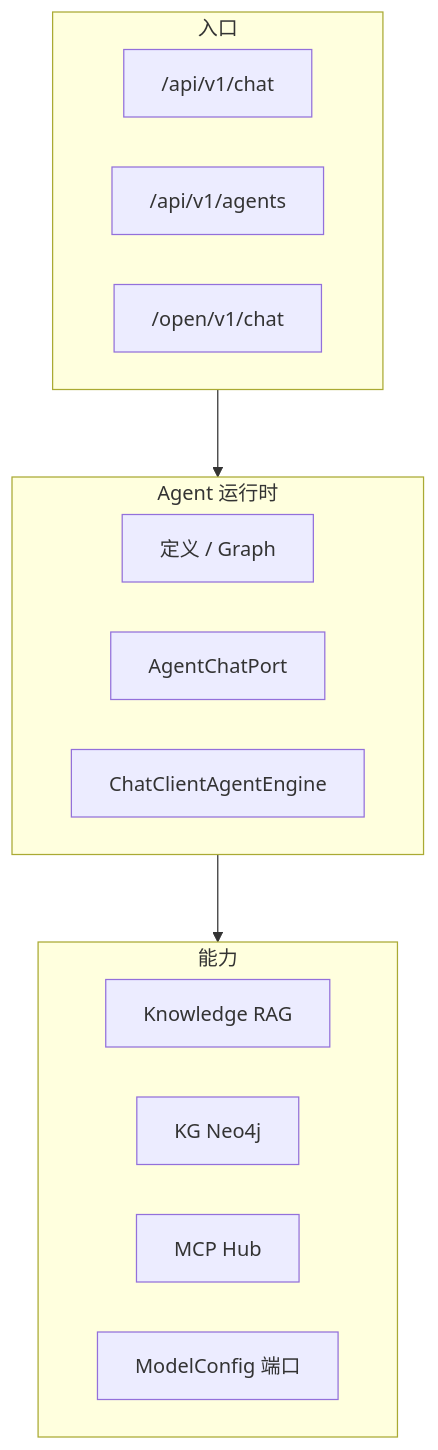
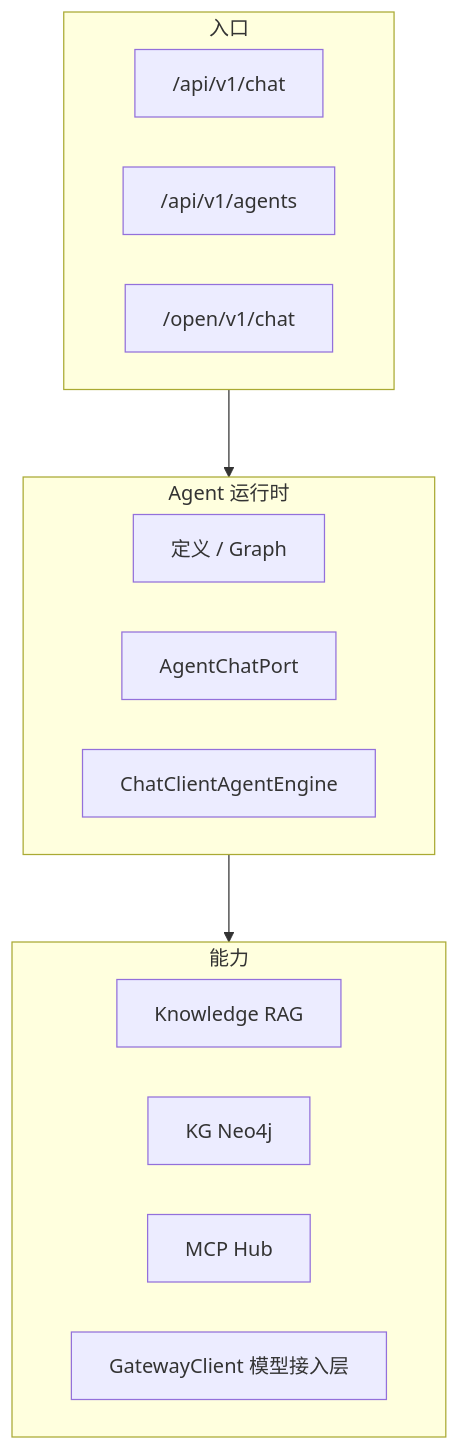
One commit to DataFutureX/zhishu-integrable-framework changed the sixth of 12 diagrams in zhishu-backend/README.md. Above: the diagram before and after it, drawn with Mermaid. The commit also changed other lines of this file and 57 other files, not shown here.

````diff
--- a/zhishu-backend/README.md
+++ b/zhishu-backend/README.md
@@ -258,28 +258,28 @@
 ```mermaid
 %%{init: {"flowchart": {"nodeSpacing": 40, "rankSpacing": 70, "curve": "linear"}}}%%
 flowchart TB
   subgraph Entry["入口"]
     direction LR
     ChatAPI["/api/v1/chat"]
     AgentAPI["/api/v1/agents"]
     OpenChat["/open/v1/chat"]
   end
 
   subgraph Runtime["Agent 运行时"]
     direction LR
     Def["定义 / Graph"]
     Port["AgentChatPort"]
     Eng["ChatClientAgentEngine"]
   end
 
   subgraph Caps["能力"]
     direction LR
     Know["Knowledge RAG"]
     KG["KG Neo4j"]
     MCP["MCP Hub"]
-    Model["ModelConfig 端口"]
+    Model["GatewayClient 模型接入层"]
   end
 
   Entry --> Runtime
   Runtime --> Caps
 ```
````
